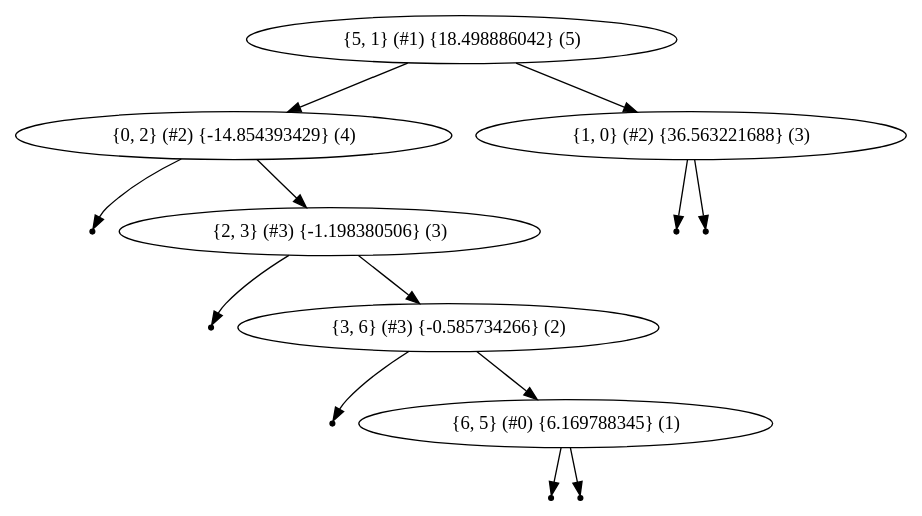
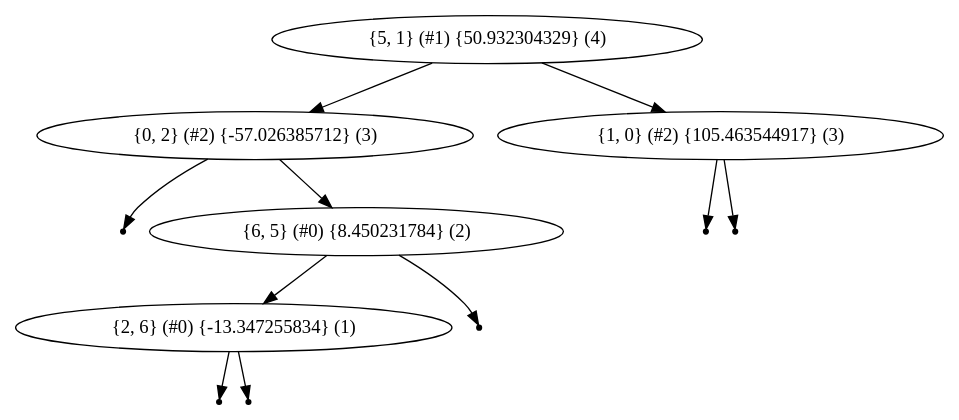
Before and after one commit to cerdogan/Job: the diagram in Voronoi_Diagrams/graph.dot, drawn with Graphviz. The commit also changed 4 other files, not shown here.

Commit message:
Progression of beach line seem to work. Next: Maintain the data structure that describes the diagram.

```diff
--- a/Voronoi_Diagrams/graph.dot
+++ b/Voronoi_Diagrams/graph.dot
@@ -1,23 +1,20 @@
 digraph {
 graph [ordering="out"]
-"{5, 1} (#1) {18.498886042} (5)"
-"{5, 1} (#1) {18.498886042} (5)" -> "{0, 2} (#2) {-14.854393429} (4)"
-"null{0, 2} (#2) {-14.854393429}-0" [shape=point];
-"{0, 2} (#2) {-14.854393429} (4)" -> "null{0, 2} (#2) {-14.854393429}-0";
-"{0, 2} (#2) {-14.854393429} (4)" -> "{2, 3} (#3) {-1.198380506} (3)"
-"null{2, 3} (#3) {-1.198380506}-0" [shape=point];
-"{2, 3} (#3) {-1.198380506} (3)" -> "null{2, 3} (#3) {-1.198380506}-0";
-"{2, 3} (#3) {-1.198380506} (3)" -> "{3, 6} (#3) {-0.585734266} (2)"
-"null{3, 6} (#3) {-0.585734266}-0" [shape=point];
-"{3, 6} (#3) {-0.585734266} (2)" -> "null{3, 6} (#3) {-0.585734266}-0";
-"{3, 6} (#3) {-0.585734266} (2)" -> "{6, 5} (#0) {6.169788345} (1)"
-"null{6, 5} (#0) {6.169788345}-0" [shape=point];
-"{6, 5} (#0) {6.169788345} (1)" -> "null{6, 5} (#0) {6.169788345}-0";
-"null{6, 5} (#0) {6.169788345}-1" [shape=point];
-"{6, 5} (#0) {6.169788345} (1)" -> "null{6, 5} (#0) {6.169788345}-1";
-"{5, 1} (#1) {18.498886042} (5)" -> "{1, 0} (#2) {36.563221688} (3)"
-"null{1, 0} (#2) {36.563221688}-0" [shape=point];
-"{1, 0} (#2) {36.563221688} (3)" -> "null{1, 0} (#2) {36.563221688}-0";
-"null{1, 0} (#2) {36.563221688}-1" [shape=point];
-"{1, 0} (#2) {36.563221688} (3)" -> "null{1, 0} (#2) {36.563221688}-1";
+"{5, 1} (#1) {50.932304329} (4)"
+"{5, 1} (#1) {50.932304329} (4)" -> "{0, 2} (#2) {-57.026385712} (3)"
+"null{0, 2} (#2) {-57.026385712}-0" [shape=point];
+"{0, 2} (#2) {-57.026385712} (3)" -> "null{0, 2} (#2) {-57.026385712}-0";
+"{0, 2} (#2) {-57.026385712} (3)" -> "{6, 5} (#0) {8.450231784} (2)"
+"{6, 5} (#0) {8.450231784} (2)" -> "{2, 6} (#0) {-13.347255834} (1)"
+"null{2, 6} (#0) {-13.347255834}-0" [shape=point];
+"{2, 6} (#0) {-13.347255834} (1)" -> "null{2, 6} (#0) {-13.347255834}-0";
+"null{2, 6} (#0) {-13.347255834}-1" [shape=point];
+"{2, 6} (#0) {-13.347255834} (1)" -> "null{2, 6} (#0) {-13.347255834}-1";
+"null{6, 5} (#0) {8.450231784}-1" [shape=point];
+"{6, 5} (#0) {8.450231784} (2)" -> "null{6, 5} (#0) {8.450231784}-1";
+"{5, 1} (#1) {50.932304329} (4)" -> "{1, 0} (#2) {105.463544917} (3)"
+"null{1, 0} (#2) {105.463544917}-0" [shape=point];
+"{1, 0} (#2) {105.463544917} (3)" -> "null{1, 0} (#2) {105.463544917}-0";
+"null{1, 0} (#2) {105.463544917}-1" [shape=point];
+"{1, 0} (#2) {105.463544917} (3)" -> "null{1, 0} (#2) {105.463544917}-1";
 }
```
